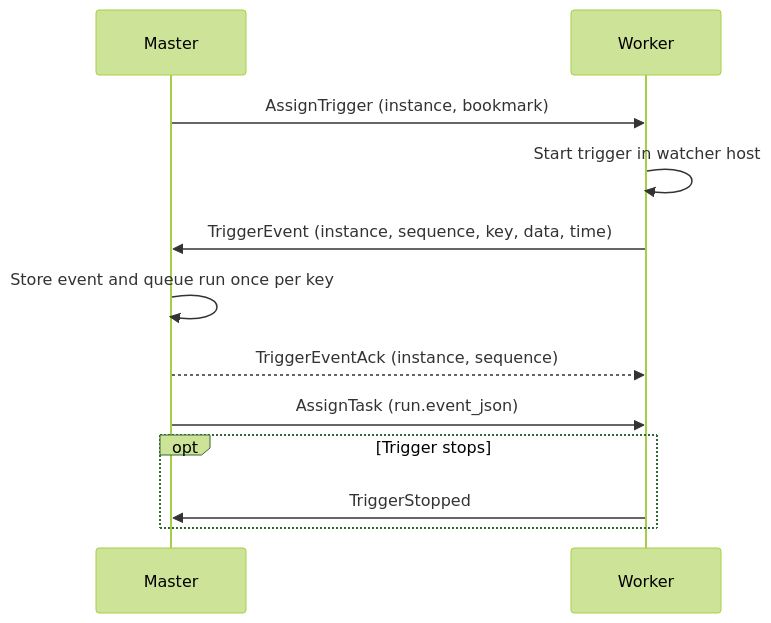
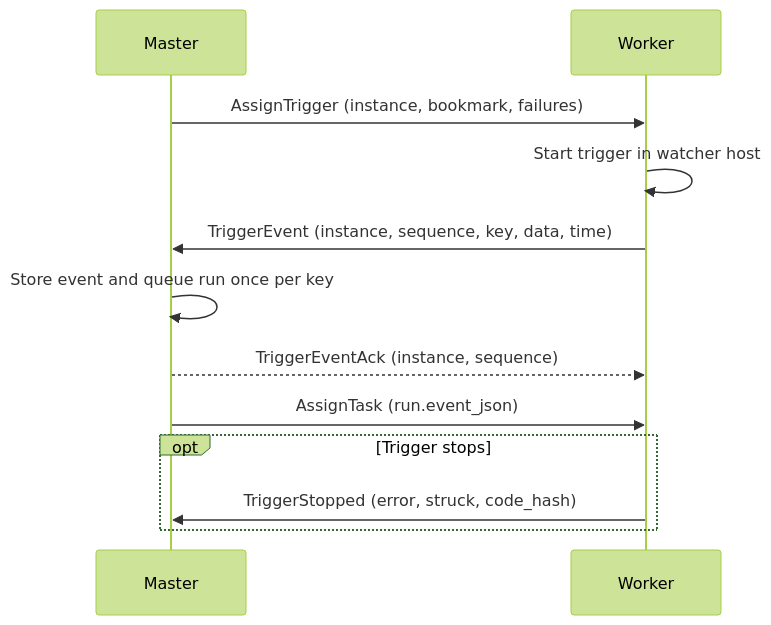
The second of 18 diagrams in docs/03-guide/15-protocol.md (ptutak/schedr), drawn with Mermaid (forest theme) before and after one commit. The commit also changed other lines of this file and 27 other files, not shown here.

````diff
--- a/docs/03-guide/15-protocol.md
+++ b/docs/03-guide/15-protocol.md
@@ -45,14 +45,14 @@
 ```{mermaid}
 sequenceDiagram
     participant M as Master
     participant W as Worker
-    M->>W: AssignTrigger (instance, bookmark)
+    M->>W: AssignTrigger (instance, bookmark, failures)
     W->>W: Start trigger in watcher host
     W->>M: TriggerEvent (instance, sequence, key, data, time)
     M->>M: Store event and queue run once per key
     M-->>W: TriggerEventAck (instance, sequence)
     M->>W: AssignTask (run.event_json)
     opt Trigger stops
-        W->>M: TriggerStopped
+        W->>M: TriggerStopped (error, struck, code_hash)
     end
 ```
````
